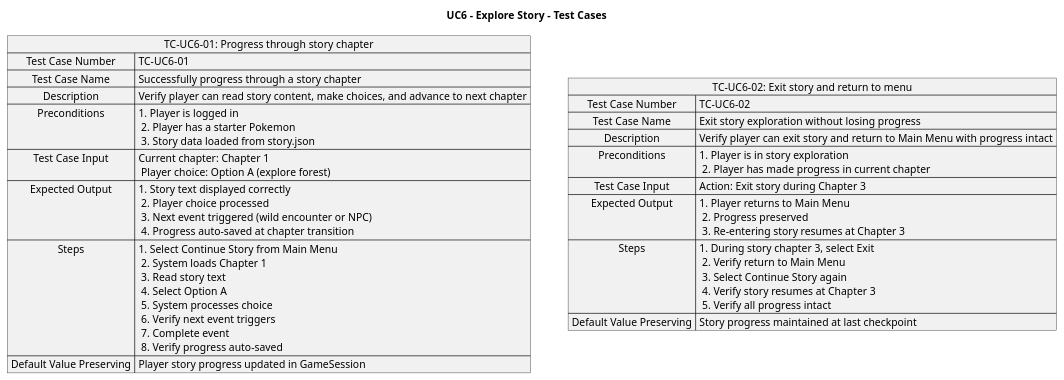
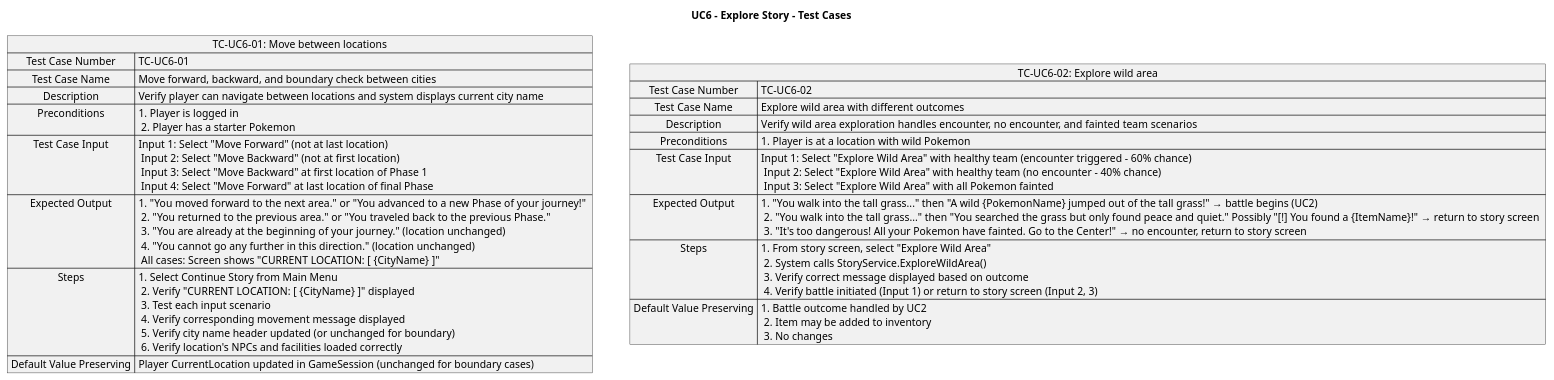
Before and after one commit to devKasumi/PokemonConsole: the diagram in TurnBasedPokemon/Diagram/UnifiedUseCases/TestCases/UC6_ExploreStory_TestCases.puml, drawn with PlantUML. The commit also changed 14 other files, not shown here.

Commit message:
update diagrams

```diff
--- a/TurnBasedPokemon/Diagram/UnifiedUseCases/TestCases/UC6_ExploreStory_TestCases.puml
+++ b/TurnBasedPokemon/Diagram/UnifiedUseCases/TestCases/UC6_ExploreStory_TestCases.puml
@@ -1,26 +1,26 @@
 @startuml
 title UC6 - Explore Story - Test Cases
 
-map "TC-UC6-01: Progress through story chapter" as TC1 {
+map "TC-UC6-01: Move between locations" as TC1 {
   Test Case Number => TC-UC6-01
-  Test Case Name => Successfully progress through a story chapter
-  Description => Verify player can read story content, make choices, and advance to next chapter
-  Preconditions => 1. Player is logged in \n 2. Player has a starter Pokemon \n 3. Story data loaded from story.json
-  Test Case Input => Current chapter: Chapter 1 \n Player choice: Option A (explore forest)
-  Expected Output => 1. Story text displayed correctly \n 2. Player choice processed \n 3. Next event triggered (wild encounter or NPC) \n 4. Progress auto-saved at chapter transition
-  Steps => 1. Select Continue Story from Main Menu \n 2. System loads Chapter 1 \n 3. Read story text \n 4. Select Option A \n 5. System processes choice \n 6. Verify next event triggers \n 7. Complete event \n 8. Verify progress auto-saved
-  Default Value Preserving => Player story progress updated in GameSession
+  Test Case Name => Move forward, backward, and boundary check between cities
+  Description => Verify player can navigate between locations and system displays current city name
+  Preconditions => 1. Player is logged in \n 2. Player has a starter Pokemon
+  Test Case Input => Input 1: Select "Move Forward" (not at last location) \n Input 2: Select "Move Backward" (not at first location) \n Input 3: Select "Move Backward" at first location of Phase 1 \n Input 4: Select "Move Forward" at last location of final Phase
+  Expected Output => 1. "You moved forward to the next area." or "You advanced to a new Phase of your journey!" \n 2. "You returned to the previous area." or "You traveled back to the previous Phase." \n 3. "You are already at the beginning of your journey." (location unchanged) \n 4. "You cannot go any further in this direction." (location unchanged) \n All cases: Screen shows "CURRENT LOCATION: [ {CityName} ]"
+  Steps => 1. Select Continue Story from Main Menu \n 2. Verify "CURRENT LOCATION: [ {CityName} ]" displayed \n 3. Test each input scenario \n 4. Verify corresponding movement message displayed \n 5. Verify city name header updated (or unchanged for boundary) \n 6. Verify location's NPCs and facilities loaded correctly
+  Default Value Preserving => Player CurrentLocation updated in GameSession (unchanged for boundary cases)
 }
 
-map "TC-UC6-02: Exit story and return to menu" as TC2 {
+map "TC-UC6-02: Explore wild area" as TC2 {
   Test Case Number => TC-UC6-02
-  Test Case Name => Exit story exploration without losing progress
-  Description => Verify player can exit story and return to Main Menu with progress intact
-  Preconditions => 1. Player is in story exploration \n 2. Player has made progress in current chapter
-  Test Case Input => Action: Exit story during Chapter 3
-  Expected Output => 1. Player returns to Main Menu \n 2. Progress preserved \n 3. Re-entering story resumes at Chapter 3
-  Steps => 1. During story chapter 3, select Exit \n 2. Verify return to Main Menu \n 3. Select Continue Story again \n 4. Verify story resumes at Chapter 3 \n 5. Verify all progress intact
-  Default Value Preserving => Story progress maintained at last checkpoint
+  Test Case Name => Explore wild area with different outcomes
+  Description => Verify wild area exploration handles encounter, no encounter, and fainted team scenarios
+  Preconditions => 1. Player is at a location with wild Pokemon
+  Test Case Input => Input 1: Select "Explore Wild Area" with healthy team (encounter triggered - 60% chance) \n Input 2: Select "Explore Wild Area" with healthy team (no encounter - 40% chance) \n Input 3: Select "Explore Wild Area" with all Pokemon fainted
+  Expected Output => 1. "You walk into the tall grass..." then "A wild {PokemonName} jumped out of the tall grass!" → battle begins (UC2) \n 2. "You walk into the tall grass..." then "You searched the grass but only found peace and quiet." Possibly "[!] You found a {ItemName}!" → return to story screen \n 3. "It's too dangerous! All your Pokemon have fainted. Go to the Center!" → no encounter, return to story screen
+  Steps => 1. From story screen, select "Explore Wild Area" \n 2. System calls StoryService.ExploreWildArea() \n 3. Verify correct message displayed based on outcome \n 4. Verify battle initiated (Input 1) or return to story screen (Input 2, 3)
+  Default Value Preserving => 1. Battle outcome handled by UC2 \n 2. Item may be added to inventory \n 3. No changes
 }
 
 @enduml
```
